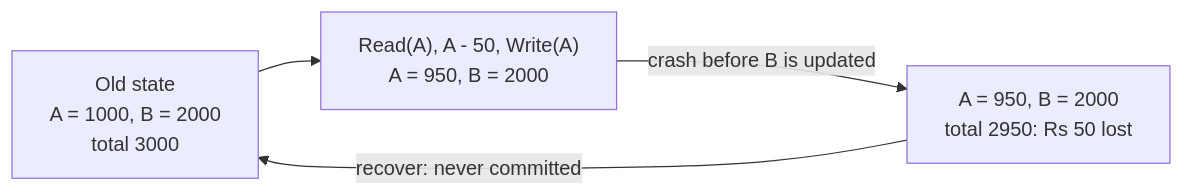
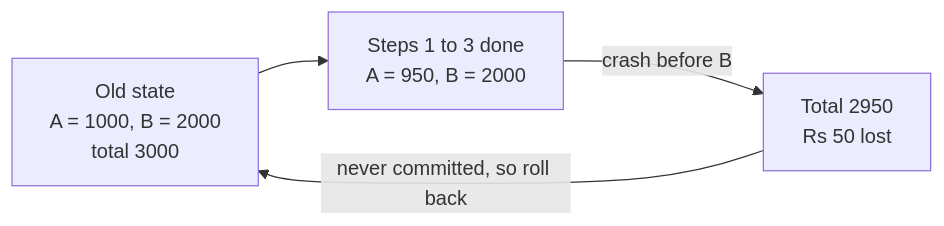
One commit to aaryan-pradhan/core-cs-fundamentals changed the fourth of 7 diagrams in dbms/12-transaction.md. Above: the diagram before and after it, drawn with Mermaid. The commit also changed other lines of this file, not shown here.

````diff
--- a/dbms/12-transaction.md
+++ b/dbms/12-transaction.md
@@ -62,6 +60,6 @@
 ```mermaid
 flowchart LR
-  O["Old state<br/>A = 1000, B = 2000<br/>total 3000"] --> M["Read(A), A - 50, Write(A)<br/>A = 950, B = 2000"]
-  M -- "crash before B is updated" --> X["A = 950, B = 2000<br/>total 2950: Rs 50 lost"]
-  X -- "recover: never committed" --> O
+  O["Old state<br/>A = 1000, B = 2000<br/>total 3000"] --> M["Steps 1 to 3 done<br/>A = 950, B = 2000"]
+  M -->|"crash before B"| X["Total 2950<br/>Rs 50 lost"]
+  X -->|"never committed, so roll back"| O
 ```
````
